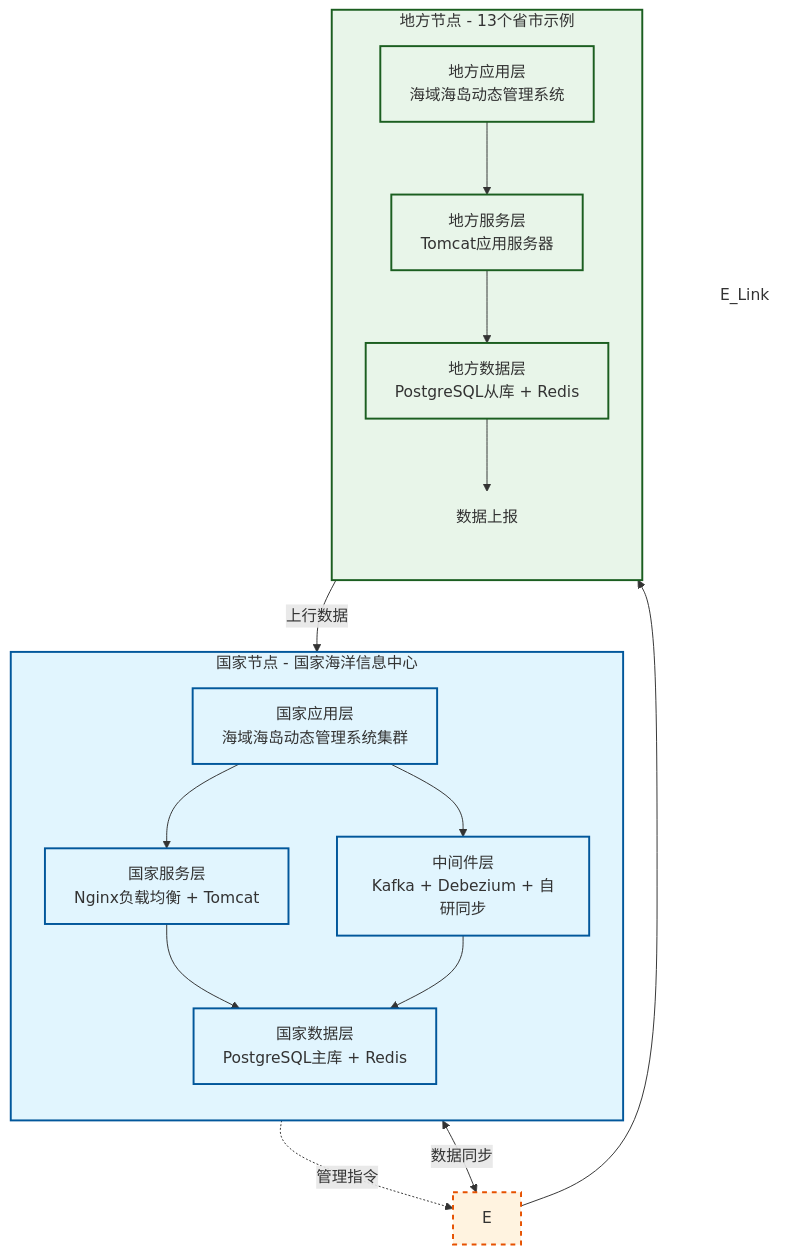
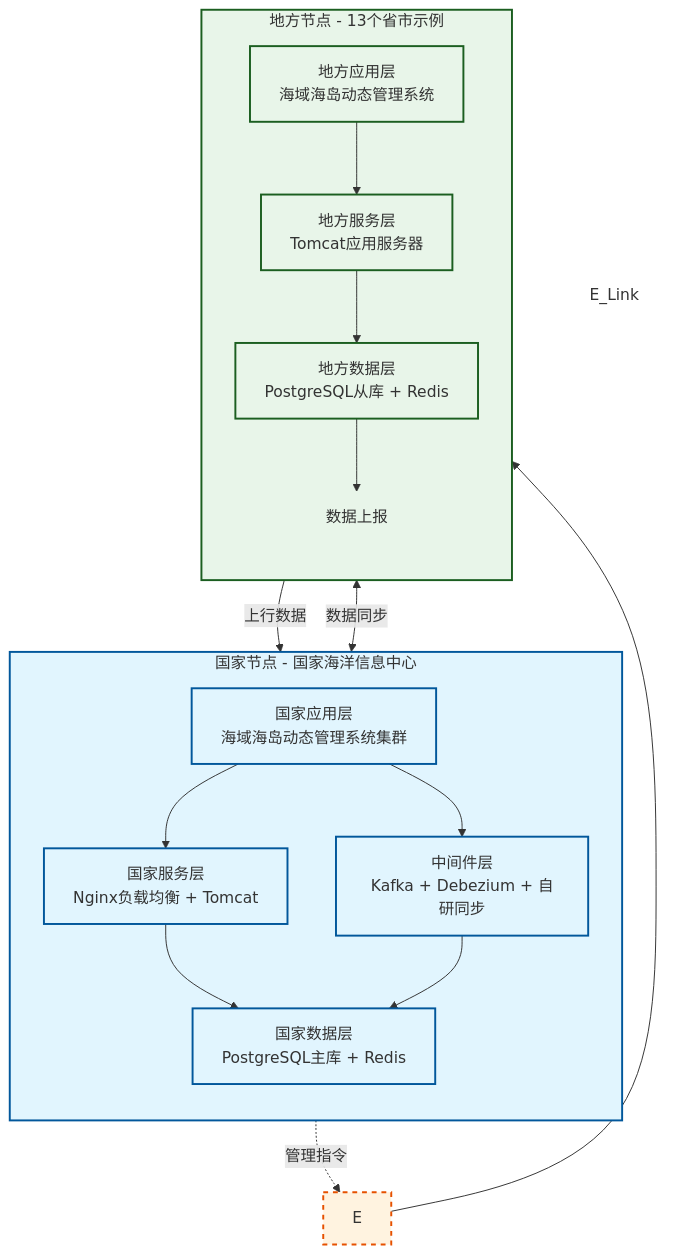
The diagram in all/未命名-1.md (MyJohn2/iodraw-files), drawn with Mermaid before and after one commit.

Commit message:
2026-03-03 15:04:38 update

````diff
--- a/all/未命名-1.md
+++ b/all/未命名-1.md
@@ -1,51 +1,51 @@
 ```mermaid
 flowchart TD
     %% 定义样式
     classDef nation fill:#e1f5fe,stroke:#01579b,stroke-width:2px;
     classDef network fill:#fff3e0,stroke:#e65100,stroke-width:2px,stroke-dasharray: 5 5;
     classDef local fill:#e8f5e9,stroke:#1b5e20,stroke-width:2px;
 
     subgraph NationNode [国家节点 - 国家海洋信息中心]
         direction TB
         A[国家应用层<br/>海域海岛动态管理系统集群]
         B[国家服务层<br/>Nginx负载均衡 + Tomcat]
         C[国家数据层<br/>PostgreSQL主库 + Redis]
         D[中间件层<br/>Kafka + Debezium + 自研同步]
         
         A --> B
         B --> C
         A --> D
         D --> C
     end
     
 
     
     subgraph LocalNode [地方节点 - 13个省市示例]
         direction TB
         F[地方应用层<br/>海域海岛动态管理系统]
         G[地方服务层<br/>Tomcat应用服务器]
         H[地方数据层<br/>PostgreSQL从库 + Redis]
         
         F --> G
         G --> H
         H --> D_Link[数据上报]
     end
 
     %% 跨子图连接 (连接具体节点而非子图名称)
     A -.->|管理指令 | E
     E --> F
-    D <-->|数据同步 | E
+    D <-->|数据同步 | H
     H -->|上行数据 | D
 
     %% 应用样式
     class NationNode,A,B,C,D nation;
     class SecureNet,E network;
     class LocalNode,F,G,H local;
     
     %% 隐藏用于逻辑连接的辅助节点样式
     style E_Link fill:none,stroke:none;
     style D_Link fill:none,stroke:none;
 
 
 
 ```
````
